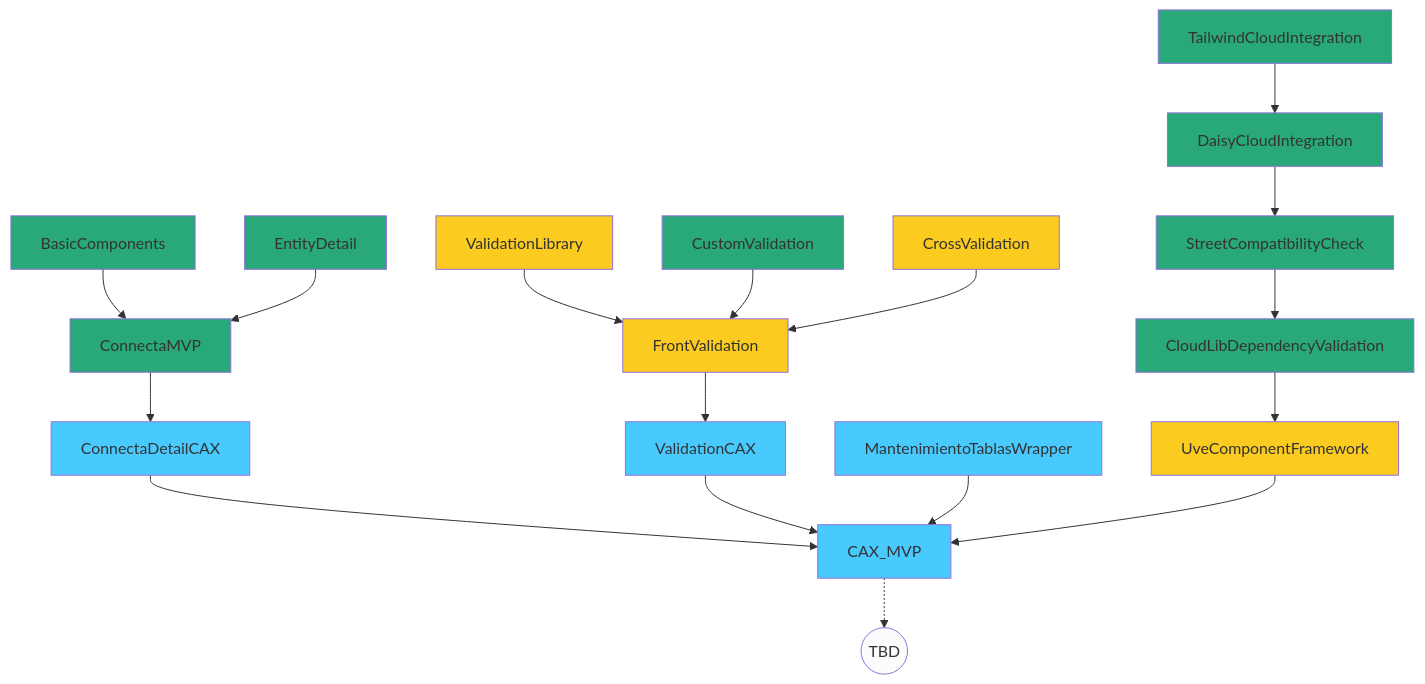
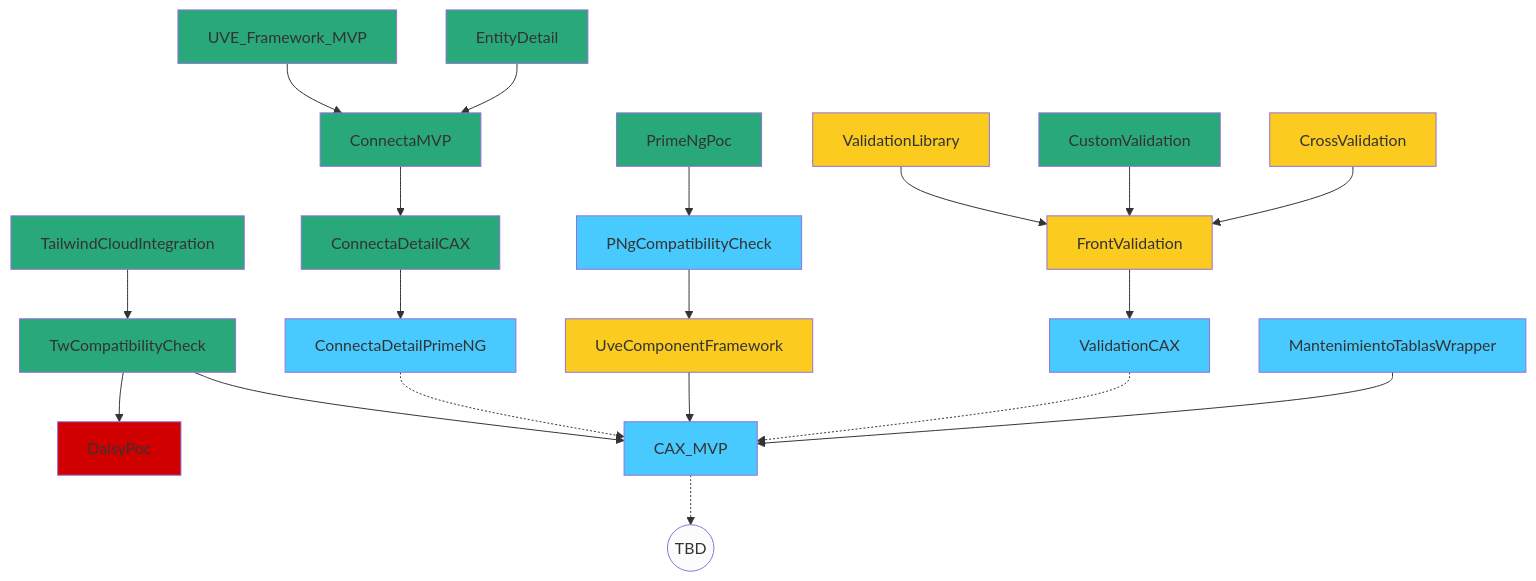
Before and after one commit to 00spoiler00/documentation: the diagram in content/projects/cloud-roadmap.md, drawn with Mermaid. The commit also changed other lines of this file, not shown here.

Commit message:
Update CAX roadmap

````diff
--- a/content/projects/cloud-roadmap.md
+++ b/content/projects/cloud-roadmap.md
@@ -5,29 +39,35 @@
 ```mermaid
 
 flowchart TD
 
     classDef primary fill:#48caff
     classDef secondary fill:#29a979
     classDef accent fill:#fbcb1f
     classDef neutral fill:#0b0517
     classDef base100 fill:#fcfcfc
     classDef info fill:#00e0ff
     classDef success fill:#00d181
     classDef warning fill:#d18100
     classDef error fill:#d10000
 
-    BasicComponents:::secondary --> ConnectaMVP
+    TailwindCloudIntegration:::secondary --> TwCompatibilityCheck:::secondary --> DaisyPoc:::error
+
+    UVE_Framework_MVP:::secondary --> ConnectaMVP
     EntityDetail:::secondary --> ConnectaMVP
-    ConnectaMVP:::secondary  --> ConnectaDetailCAX:::primary --> CAX_MVP
+    ConnectaMVP:::secondary  --> ConnectaDetailCAX:::secondary --> ConnectaDetailPrimeNG:::primary -.-> CAX_MVP
+
+
+
+    UveComponentFramework --> CAX_MVP:::primary -.-> TBD((TBD)):::base100
+
+    TwCompatibilityCheck:::secondary --> CAX_MVP
+    PrimeNgPoc:::secondary --> PNgCompatibilityCheck:::primary --> UveComponentFramework:::accent
 
     ValidationLibrary:::accent --> FrontValidation
     CustomValidation:::secondary --> FrontValidation
     CrossValidation:::accent --> FrontValidation
-    FrontValidation:::accent --> ValidationCAX:::primary --> CAX_MVP
-
-    TailwindCloudIntegration:::secondary --> DaisyCloudIntegration:::secondary --> StreetCompatibilityCheck:::secondary --> CloudLibDependencyValidation:::secondary --> UveComponentFramework:::accent
+    FrontValidation:::accent --> ValidationCAX:::primary -.-> CAX_MVP
 
     MantenimientoTablasWrapper:::primary --> CAX_MVP
 
-    UveComponentFramework --> CAX_MVP:::primary -.-> TBD((TBD)):::base100
 ```
````
